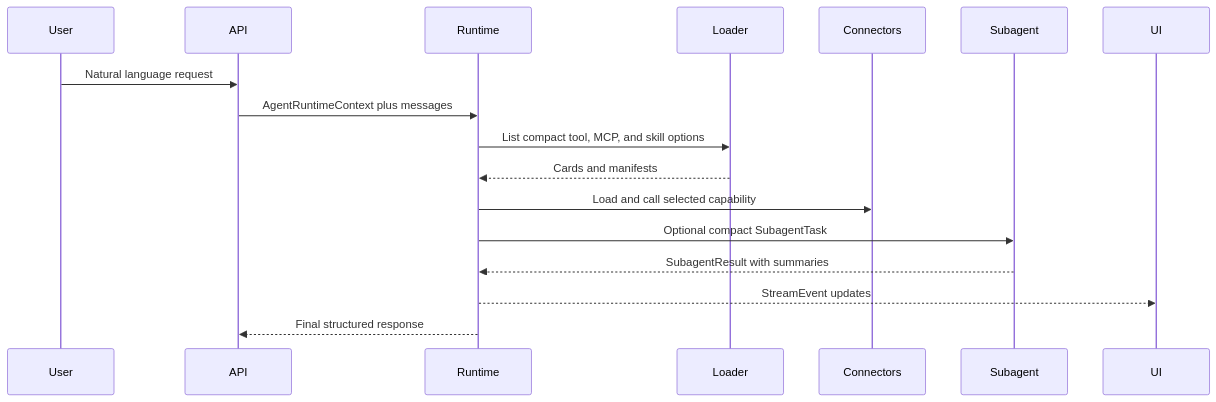
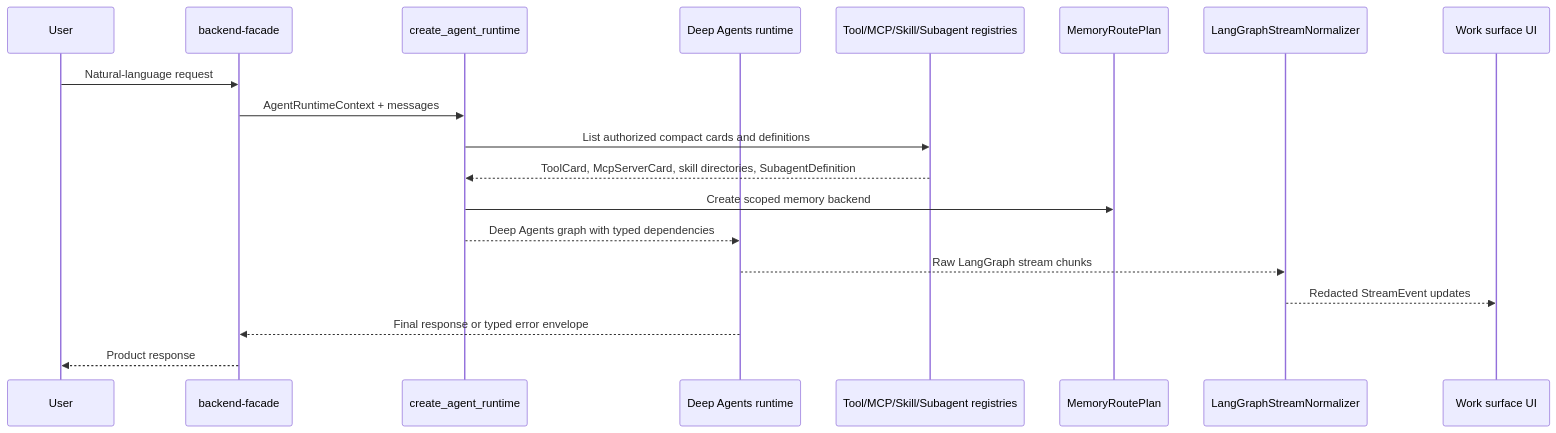
The first of 8 diagrams in services/ai-backend/docs/architecture/data-flow.md (0x-copilot-dev/0x-copilot), drawn with Mermaid before and after one commit. The commit also changed other lines of this file and 42 other files, not shown here.

````diff
--- a/services/ai-backend/docs/architecture/data-flow.md
+++ b/services/ai-backend/docs/architecture/data-flow.md
@@ -5,20 +7,22 @@
 ```mermaid
 sequenceDiagram
   participant User
-  participant API
-  participant Runtime
-  participant Loader
-  participant Connectors
-  participant Subagent
-  participant UI
+  participant Facade as backend-facade
+  participant Factory as create_agent_runtime
+  participant Runtime as Deep Agents runtime
+  participant Registries as Tool/MCP/Skill/Subagent registries
+  participant Memory as MemoryRoutePlan
+  participant Normalizer as LangGraphStreamNormalizer
+  participant UI as Work surface UI
 
-  User->>API: Natural language request
-  API->>Runtime: AgentRuntimeContext plus messages
-  Runtime->>Loader: List compact tool, MCP, and skill options
-  Loader-->>Runtime: Cards and manifests
-  Runtime->>Connectors: Load and call selected capability
-  Runtime->>Subagent: Optional compact SubagentTask
-  Subagent-->>Runtime: SubagentResult with summaries
-  Runtime-->>UI: StreamEvent updates
-  Runtime-->>API: Final structured response
+  User->>Facade: Natural-language request
+  Facade->>Factory: AgentRuntimeContext + messages
+  Factory->>Registries: List authorized compact cards and definitions
+  Registries-->>Factory: ToolCard, McpServerCard, skill directories, SubagentDefinition
+  Factory->>Memory: Create scoped memory backend
+  Factory-->>Runtime: Deep Agents graph with typed dependencies
+  Runtime-->>Normalizer: Raw LangGraph stream chunks
+  Normalizer-->>UI: Redacted StreamEvent updates
+  Runtime-->>Facade: Final response or typed error envelope
+  Facade-->>User: Product response
 ```
````
